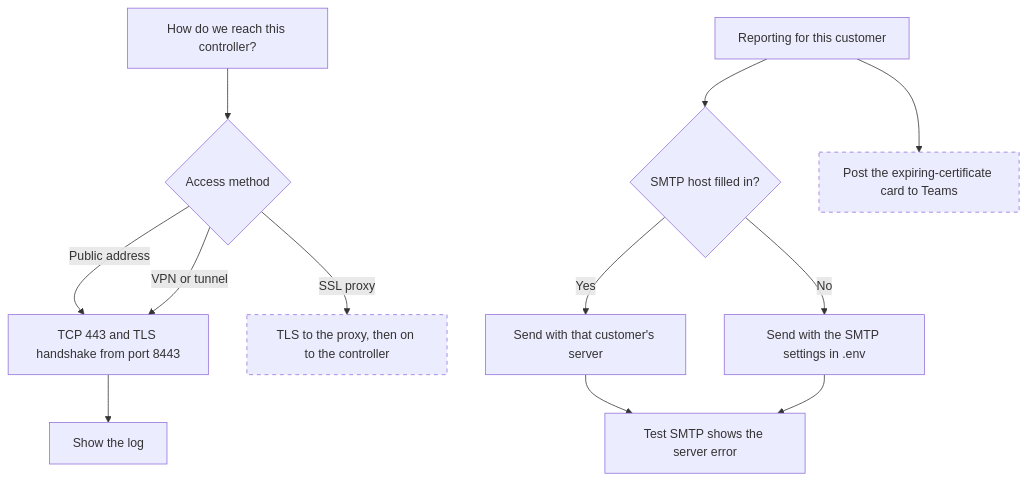
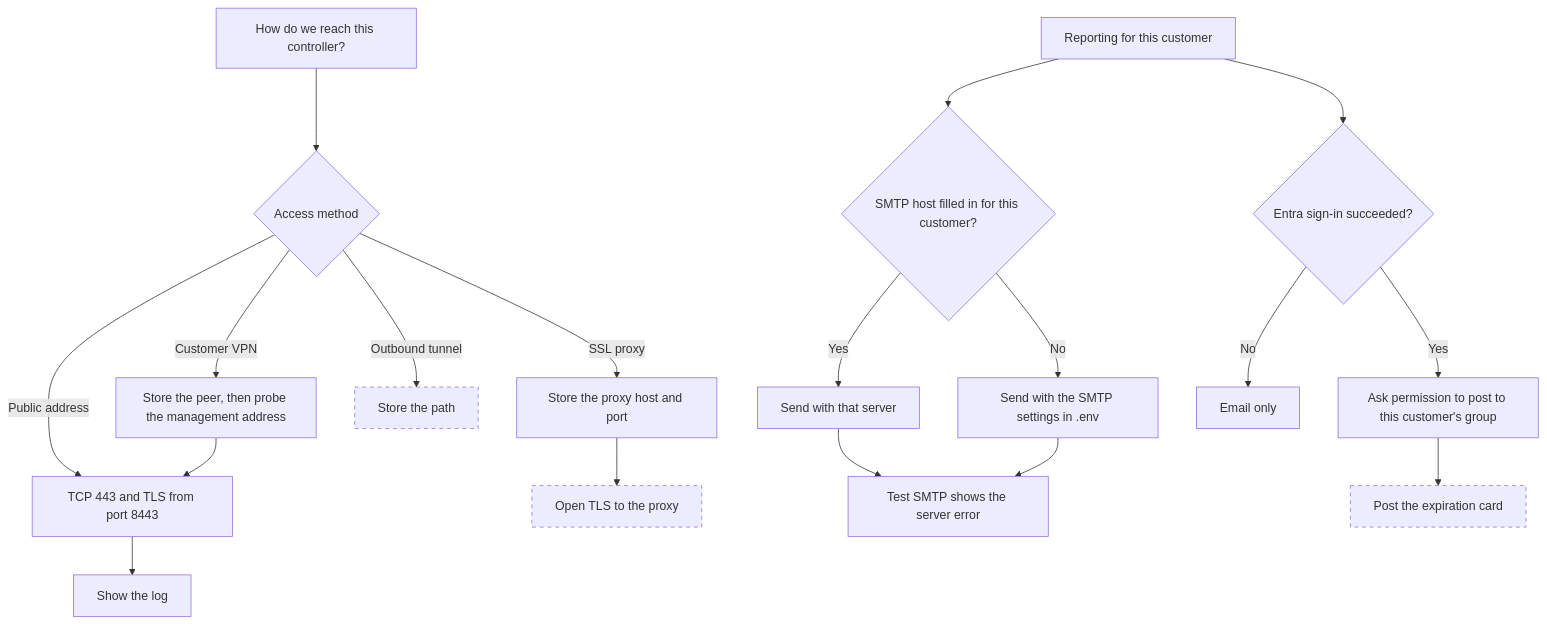
The third of 3 diagrams in README.md (bmiles-git/avaya-sbce-manager), drawn with Mermaid before and after one commit. The commit also changed other lines of this file, not shown here.

Commit message:
Update the flows to the current renewal, proxy, and reporting paths.

````diff
--- a/README.md
+++ b/README.md
@@ -80,18 +88,24 @@
 ```mermaid
 flowchart TD
   reach[How do we reach this controller?]
   reach --> method{Access method}
-  method -->|Public address| probe[TCP 443 and TLS handshake from port 8443]
-  method -->|VPN or tunnel| probe
-  method -->|SSL proxy| sal[TLS to the proxy, then on to the controller]
+  method -->|Public address| probe[TCP 443 and TLS from port 8443]
+  method -->|Customer VPN| vpn[Store the peer, then probe the management address]
+  method -->|Outbound tunnel| tun[Store the path]
+  method -->|SSL proxy| proxy[Store the proxy host and port]
+  proxy --> proxytls[Open TLS to the proxy]
+  vpn --> probe
   probe --> log[Show the log]
   report[Reporting for this customer]
-  report --> smtp{SMTP host filled in?}
-  smtp -->|Yes| customerMail[Send with that customer's server]
+  report --> smtp{SMTP host filled in for this customer?}
+  smtp -->|Yes| customerMail[Send with that server]
   smtp -->|No| hostMail[Send with the SMTP settings in .env]
   customerMail --> test[Test SMTP shows the server error]
   hostMail --> test
-  report --> teams[Post the expiring-certificate card to Teams]
-  class sal,teams gap
+  report --> signed{Entra sign-in succeeded?}
+  signed -->|No| mailOnly[Email only]
+  signed -->|Yes| consent[Ask permission to post to this customer's group]
+  consent --> teams[Post the expiration card]
+  class tun,proxytls,teams gap
   classDef gap stroke-dasharray: 5 5
 ```
````
